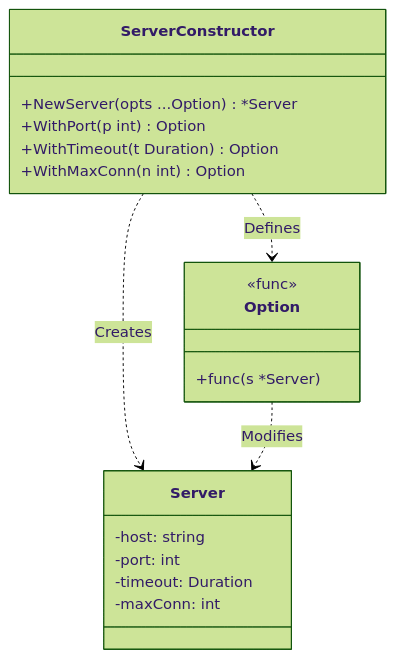
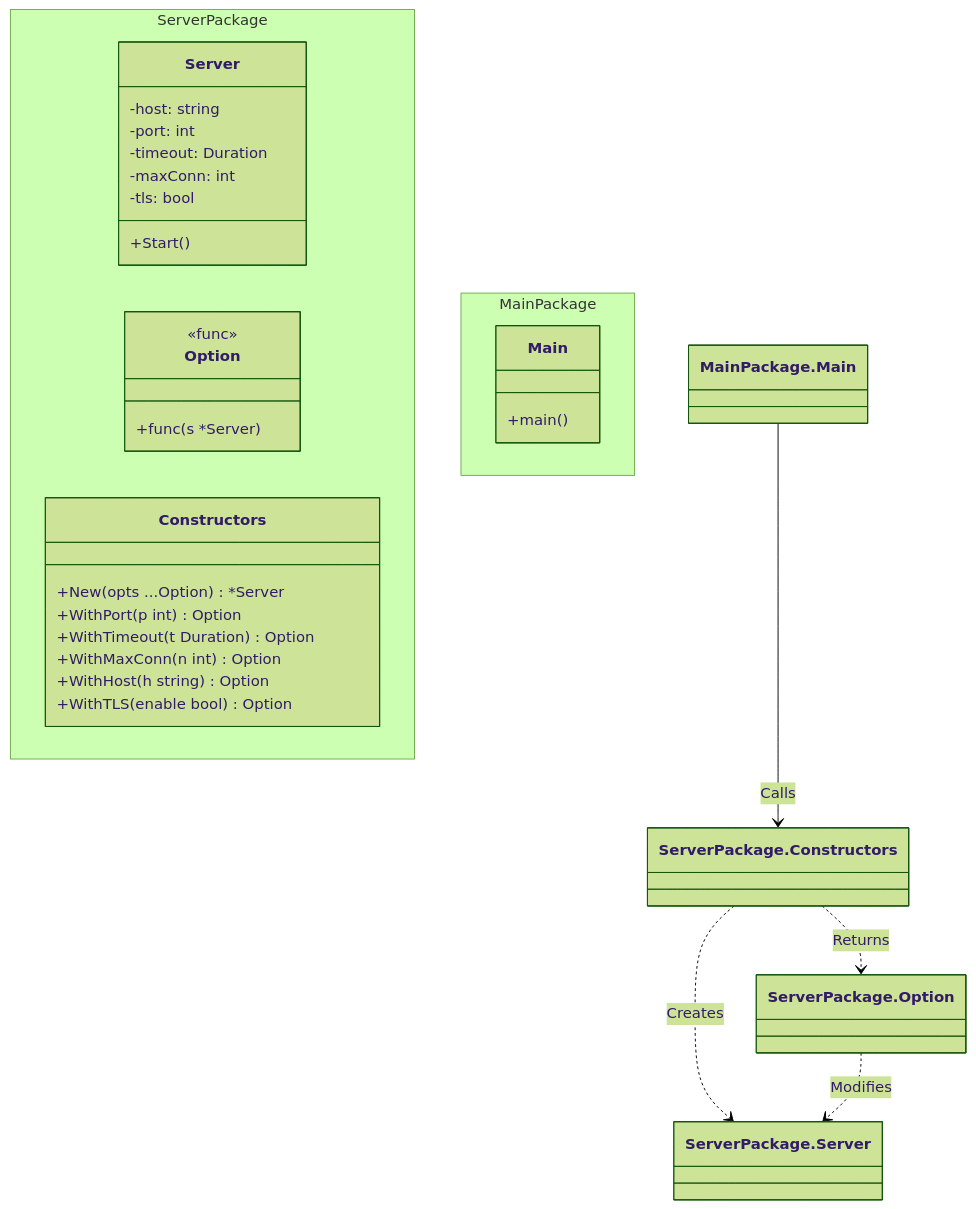
Before and after one commit to sokoide/design-patterns: the diagram in functional-options-example/README.md, drawn with Mermaid (forest theme). The commit also changed other lines of this file and 102 other files, not shown here.

````diff
--- a/functional-options-example/README.md
+++ b/functional-options-example/README.md
@@ -42,29 +43,41 @@
 ```mermaid
 classDiagram
     direction TB
 
-    %% Server Package
-    class Server {
-        -host: string
-        -port: int
-        -timeout: Duration
-        -maxConn: int
+    namespace ServerPackage {
+        class Server {
+            -host: string
+            -port: int
+            -timeout: Duration
+            -maxConn: int
+            -tls: bool
+            +Start()
+        }
+
+        class Option {
+            <<func>>
+            +func(s *Server)
+        }
+
+        class Constructors {
+            +New(opts ...Option) *Server
+            +WithPort(p int) Option
+            +WithTimeout(t Duration) Option
+            +WithMaxConn(n int) Option
+            +WithHost(h string) Option
+            +WithTLS(enable bool) Option
+        }
     }
 
-    class Option {
-        <<func>>
-        +func(s *Server)
-    }
-
-    class ServerConstructor {
-        +NewServer(opts ...Option) *Server
-        +WithPort(p int) Option
-        +WithTimeout(t Duration) Option
-        +WithMaxConn(n int) Option
+    namespace MainPackage {
+        class Main {
+            +main()
+        }
     }
 
     %% Relationships
-    ServerConstructor ..> Server : Creates
-    ServerConstructor ..> Option : Defines
-    Option ..> Server : Modifies
+    MainPackage.Main --> ServerPackage.Constructors : Calls
+    ServerPackage.Constructors ..> ServerPackage.Server : Creates
+    ServerPackage.Constructors ..> ServerPackage.Option : Returns
+    ServerPackage.Option ..> ServerPackage.Server : Modifies
 ```
````
